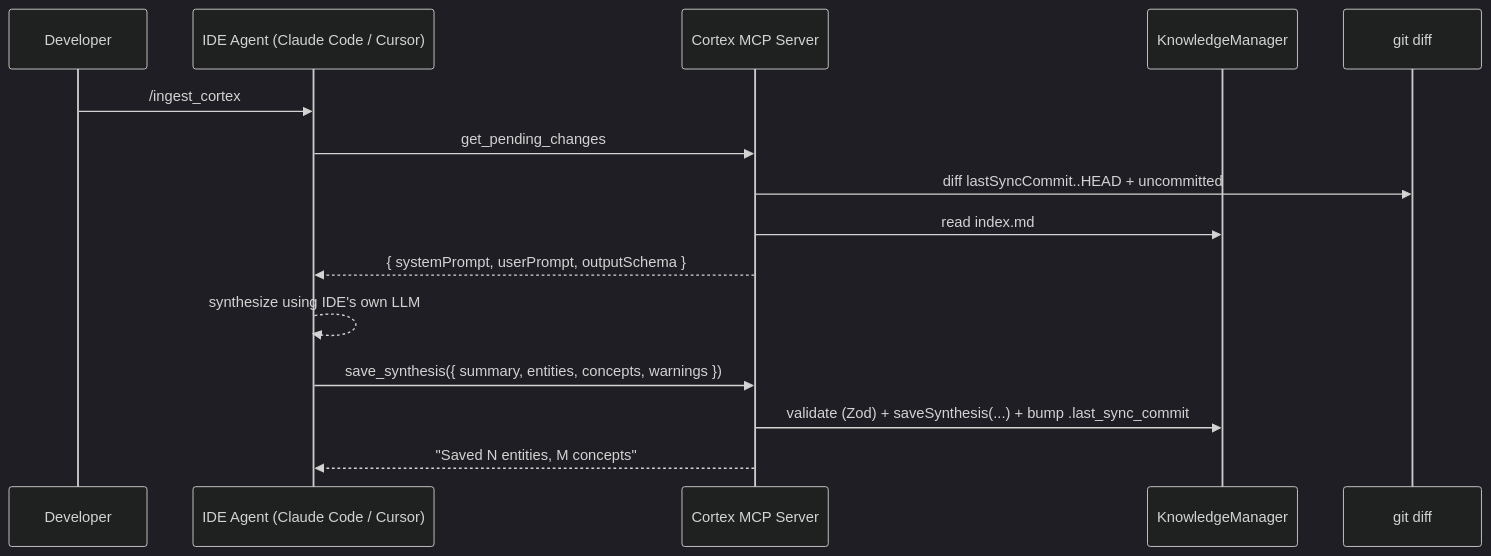
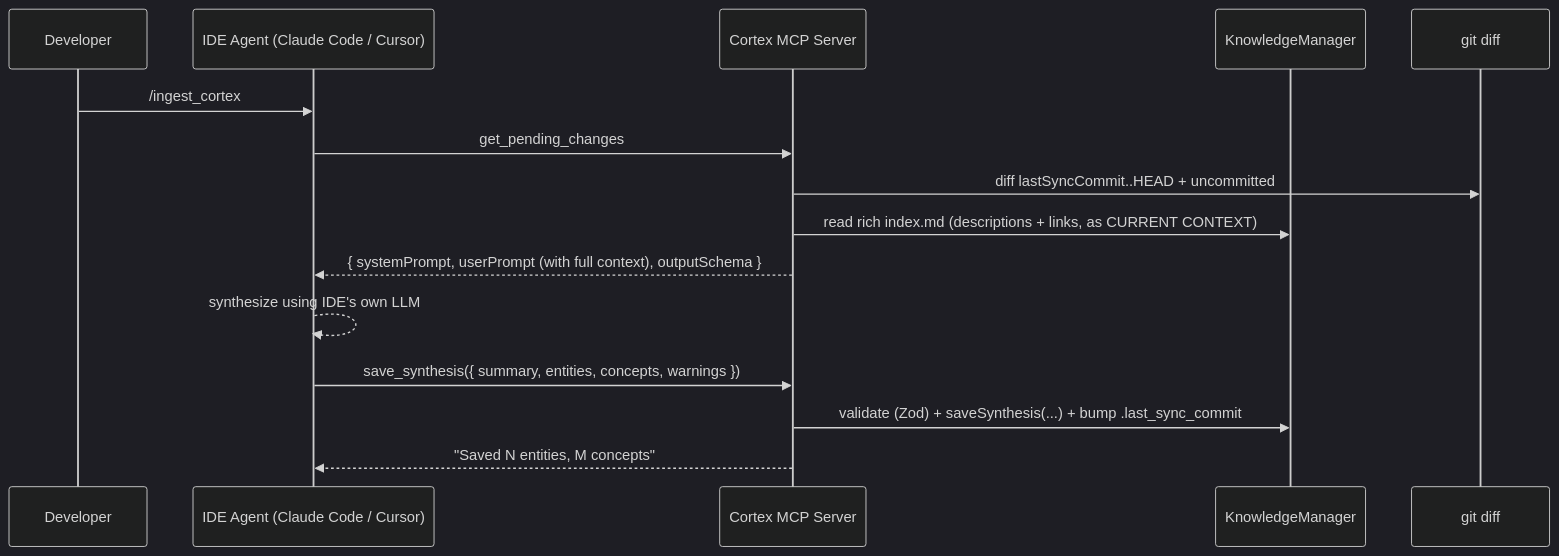
The second of 2 diagrams in ARCHITECTURE.md (developer-metalhead/LLM-Cortex), drawn with Mermaid (dark theme) before and after one commit. The commit also changed other lines of this file and 16 other files, not shown here.

````diff
--- a/ARCHITECTURE.md
+++ b/ARCHITECTURE.md
@@ -86,18 +93,18 @@
 ```mermaid
 sequenceDiagram
     participant Dev as Developer
     participant IDE as IDE Agent (Claude Code / Cursor)
     participant MCP as Cortex MCP Server
     participant KM as KnowledgeManager
     participant Git as git diff
 
     Dev->>IDE: /ingest_cortex
     IDE->>MCP: get_pending_changes
     MCP->>Git: diff lastSyncCommit..HEAD + uncommitted
-    MCP->>KM: read index.md
-    MCP-->>IDE: { systemPrompt, userPrompt, outputSchema }
+    MCP->>KM: read rich index.md (descriptions + links, as CURRENT CONTEXT)
+    MCP-->>IDE: { systemPrompt, userPrompt (with full context), outputSchema }
     IDE-->>IDE: synthesize using IDE's own LLM
     IDE->>MCP: save_synthesis({ summary, entities, concepts, warnings })
     MCP->>KM: validate (Zod) + saveSynthesis(...) + bump .last_sync_commit
     MCP-->>IDE: "Saved N entities, M concepts"
 ```
````
